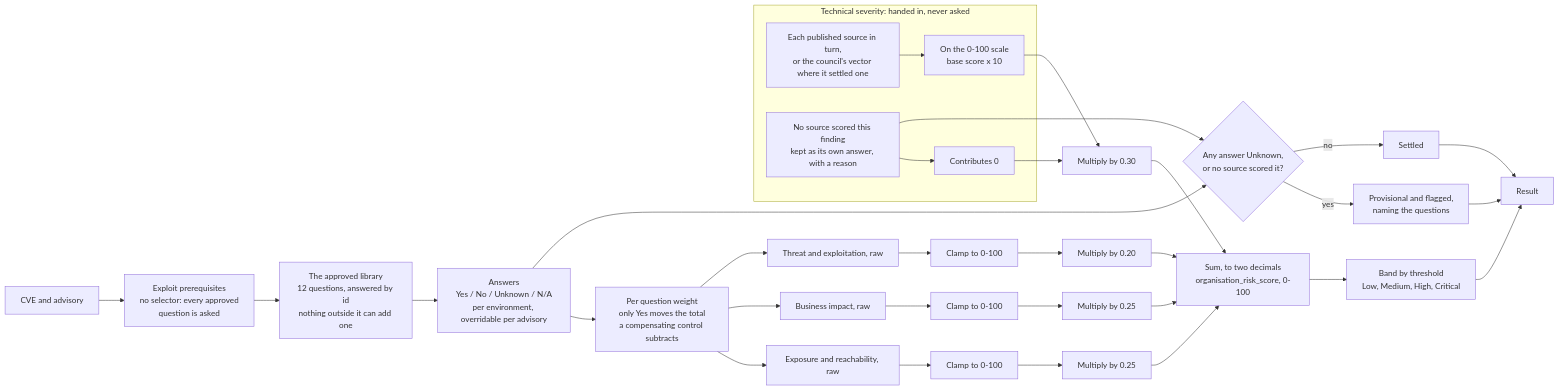
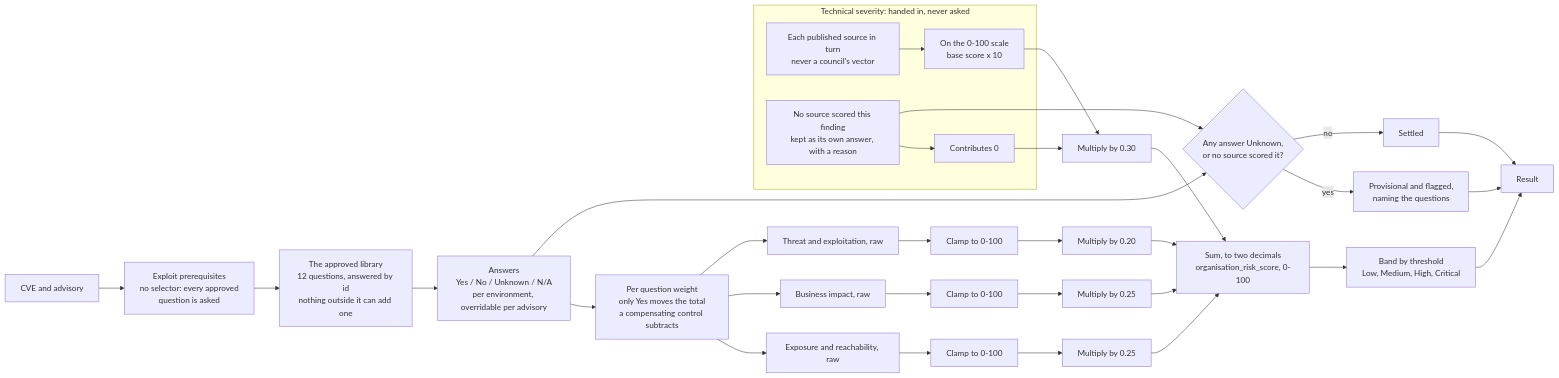
The third of 5 diagrams in docs/diagrams.md (heinthtnaung/AgenticLLMAppAuditor), drawn with Mermaid before and after one commit. The commit also changed other lines of this file and 26 other files, not shown here.

First line of the commit message:
Show a council's vector beside the risk score, never in it

````diff
--- a/docs/diagrams.md
+++ b/docs/diagrams.md
@@ -254,43 +256,43 @@
 ```mermaid
 flowchart LR
     cve["CVE and advisory"] --> pre["Exploit prerequisites<br/>no selector: every approved<br/>question is asked"]
     pre --> qs["The approved library<br/>12 questions, answered by id<br/>nothing outside it can add one"]
     qs --> ans["Answers<br/>Yes / No / Unknown / N/A<br/>per environment, overridable per advisory"]
 
     ans --> wgt["Per question weight<br/>only Yes moves the total<br/>a compensating control subtracts"]
 
     wgt --> eraw["Exposure and reachability, raw"]
     wgt --> braw["Business impact, raw"]
     wgt --> hraw["Threat and exploitation, raw"]
 
     eraw --> eclp["Clamp to 0-100"]
     braw --> bclp["Clamp to 0-100"]
     hraw --> hclp["Clamp to 0-100"]
 
     subgraph TECH["Technical severity: handed in, never asked"]
-        pick["Each published source in turn,<br/>or the council's vector where it settled one"] --> tsc["On the 0-100 scale<br/>base score x 10"]
+        pick["Each published source in turn<br/>never a council's vector"] --> tsc["On the 0-100 scale<br/>base score x 10"]
         nosrc["No source scored this finding<br/>kept as its own answer, with a reason"] --> tzero["Contributes 0"]
     end
 
     tsc --> tw["Multiply by 0.30"]
     tzero --> tw
     eclp --> ew["Multiply by 0.25"]
     bclp --> bw["Multiply by 0.25"]
     hclp --> hw["Multiply by 0.20"]
 
     tw --> total["Sum, to two decimals<br/>organisation_risk_score, 0-100"]
     ew --> total
     bw --> total
     hw --> total
 
     total --> bnd["Band by threshold<br/>Low, Medium, High, Critical"]
 
     ans --> unk{"Any answer Unknown,<br/>or no source scored it?"}
     nosrc --> unk
     unk -->|"yes"| prov["Provisional and flagged,<br/>naming the questions"]
     unk -->|"no"| firm["Settled"]
 
     bnd --> res["Result"]
     prov --> res
     firm --> res
 ```
````
